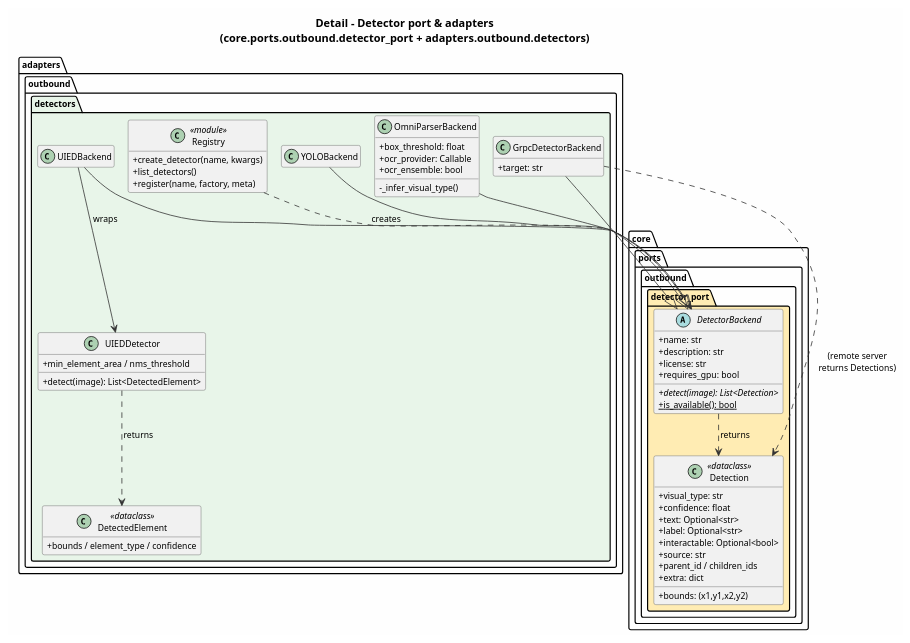
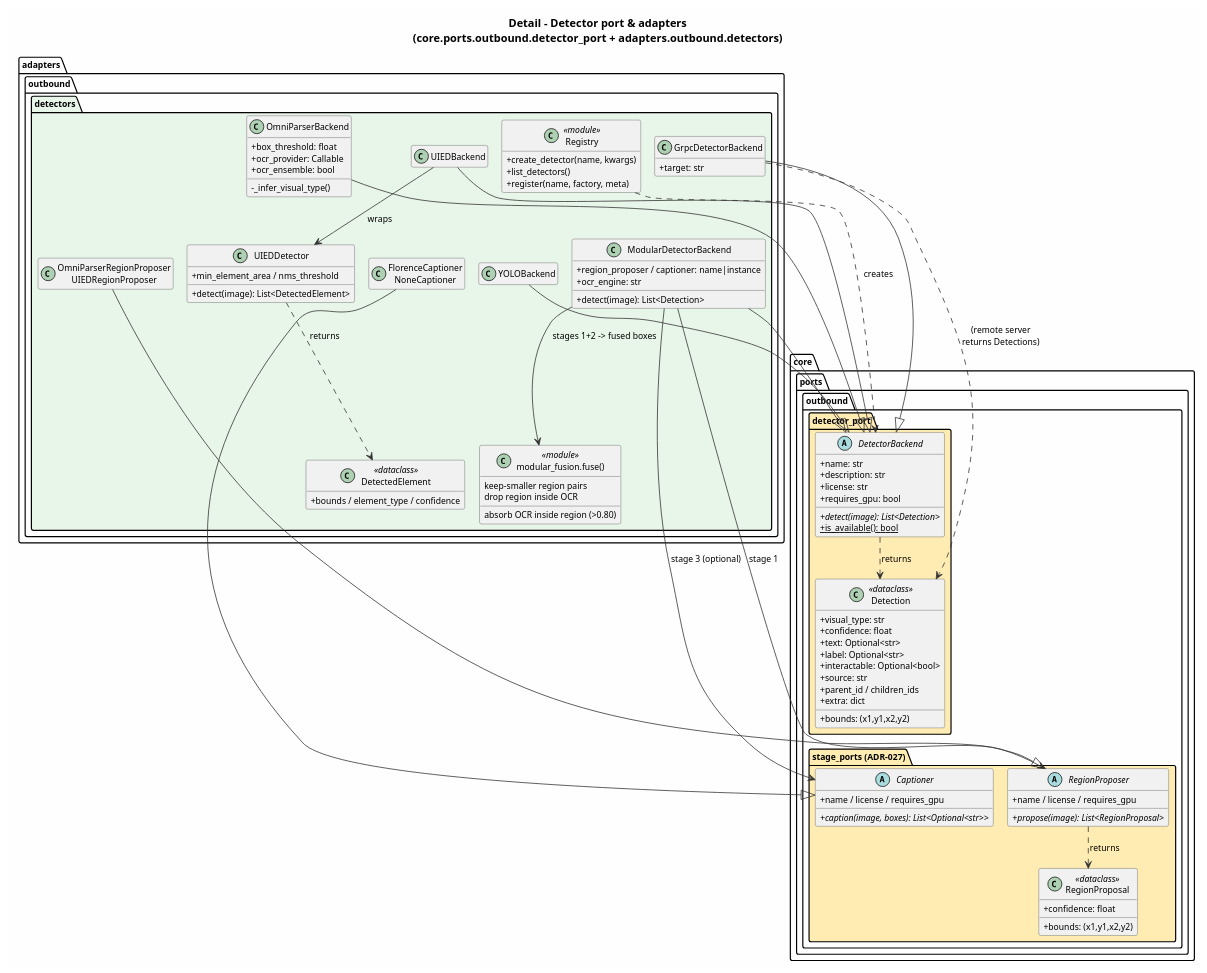
Before and after one commit to milanac030988/vizdom: the diagram in docs/diagrams/class_detectors.puml, drawn with PlantUML. The commit also changed 3 other files, not shown here.

First line of the commit message:
docs(diagrams): add the ADR-027 modular detector to the architecture diagrams

```diff
--- a/docs/diagrams/class_detectors.puml
+++ b/docs/diagrams/class_detectors.puml
@@ -1,75 +1,120 @@
 @startuml Class_Detectors
 !pragma layout smetana
 top to bottom direction
 skinparam backgroundColor #FEFEFE
 skinparam defaultFontName Arial
 skinparam defaultFontSize 11
 skinparam classAttributeIconSize 0
 skinparam nodesep 16
 skinparam ranksep 34
 skinparam class {
     BorderColor #555555
     ArrowColor #333333
 }
 hide empty members
 
 title Detail - Detector port & adapters\n(core.ports.outbound.detector_port + adapters.outbound.detectors)
 
 package "core.ports.outbound.detector_port" #FFECB3 {
     abstract class DetectorBackend {
         +name: str
         +description: str
         +license: str
         +requires_gpu: bool
         +{abstract} detect(image): List<Detection>
         +{static} is_available(): bool
     }
     class Detection <<dataclass>> {
         +bounds: (x1,y1,x2,y2)
         +visual_type: str
         +confidence: float
         +text: Optional<str>
         +label: Optional<str>
         +interactable: Optional<bool>
         +source: str
         +parent_id / children_ids
         +extra: dict
     }
 }
 
+package "core.ports.outbound.stage_ports (ADR-027)" #FFECB3 {
+    abstract class RegionProposer {
+        +name / license / requires_gpu
+        +{abstract} propose(image): List<RegionProposal>
+    }
+    class RegionProposal <<dataclass>> {
+        +bounds: (x1,y1,x2,y2)
+        +confidence: float
+    }
+    abstract class Captioner {
+        +name / license / requires_gpu
+        +{abstract} caption(image, boxes): List<Optional<str>>
+    }
+}
+
 package "adapters.outbound.detectors" #E8F5E9 {
     class Registry <<module>> {
         +create_detector(name, kwargs)
         +list_detectors()
         +register(name, factory, meta)
     }
     class UIEDBackend
     class YOLOBackend
     class OmniParserBackend {
         +box_threshold: float
         +ocr_provider: Callable
         +ocr_ensemble: bool
         -_infer_visual_type()
     }
     class GrpcDetectorBackend {
         +target: str
     }
     class UIEDDetector {
         +min_element_area / nms_threshold
         +detect(image): List<DetectedElement>
     }
     class DetectedElement <<dataclass>> {
         +bounds / element_type / confidence
     }
+    class ModularDetectorBackend {
+        +region_proposer / captioner: name|instance
+        +ocr_engine: str
+        +detect(image): List<Detection>
+    }
+    class "modular_fusion.fuse()" as Fusion <<module>> {
+        keep-smaller region pairs
+        absorb OCR inside region (>0.80)
+        drop region inside OCR
+    }
+    class "OmniParserRegionProposer\nUIEDRegionProposer" as RegionImpls
+    class "FlorenceCaptioner\nNoneCaptioner" as CaptionerImpls
 }
 
 UIEDBackend --|> DetectorBackend
 YOLOBackend --|> DetectorBackend
 OmniParserBackend --|> DetectorBackend
 GrpcDetectorBackend --|> DetectorBackend
+ModularDetectorBackend --|> DetectorBackend
 DetectorBackend ..> Detection : returns
 Registry ..> DetectorBackend : creates
 UIEDBackend --> UIEDDetector : wraps
 UIEDDetector ..> DetectedElement : returns
 GrpcDetectorBackend ..> Detection : (remote server\nreturns Detections)
+
+' ADR-027: the modular backend composes three replaceable stages + fusion.
+' Stage 2 (text) reuses ocr.TextDetector - shared with the pipeline instance.
+RegionImpls --|> RegionProposer
+CaptionerImpls --|> Captioner
+ModularDetectorBackend --> RegionProposer : stage 1
+ModularDetectorBackend --> Captioner : stage 3 (optional)
+ModularDetectorBackend --> Fusion : stages 1+2 -> fused boxes
+RegionProposer ..> RegionProposal : returns
+
+' ---- layout only: break the backend sprawl into two rows and put the ADR-027
+' ---- stage ports below the detector port instead of beside it
+UIEDBackend -[hidden]down-> ModularDetectorBackend
+YOLOBackend -[hidden]down-> Fusion
+OmniParserBackend -[hidden]down-> RegionImpls
+GrpcDetectorBackend -[hidden]down-> CaptionerImpls
+Detection -[hidden]down-> RegionProposer
 @enduml
```
